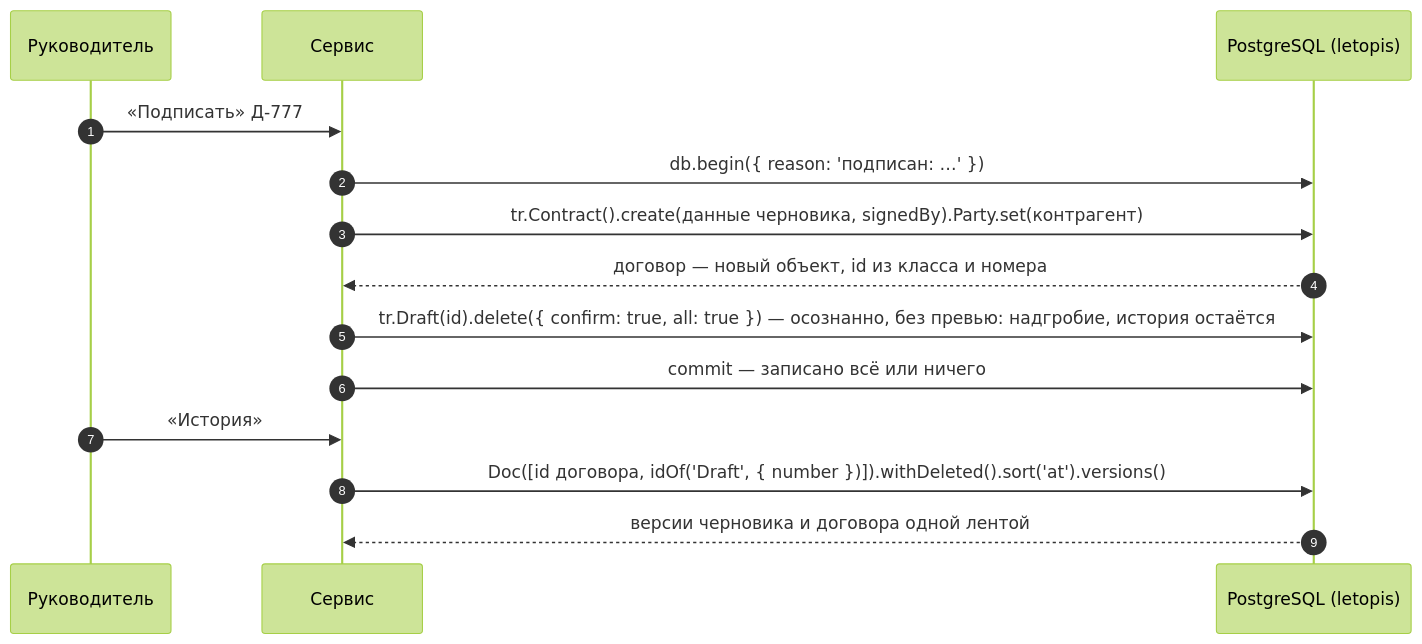
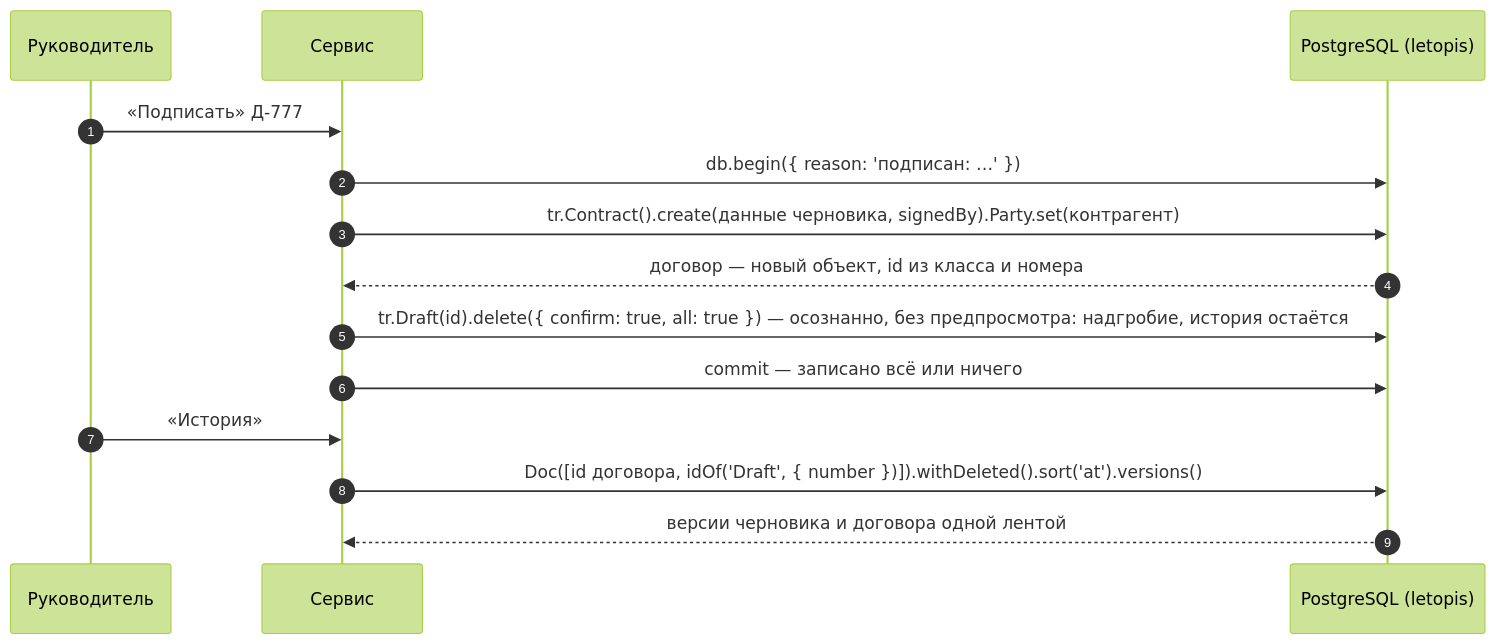
One commit to alepri51/letopis changed the second of 2 diagrams in guide/pages/services/documents.md. Above: the diagram before and after it, drawn with Mermaid (forest theme). The commit also changed 42 other files, not shown here.

````diff
--- a/guide/pages/services/documents.md
+++ b/guide/pages/services/documents.md
@@ -76,16 +76,16 @@
 ```mermaid
 sequenceDiagram
   autonumber
   participant U as Руководитель
   participant S as Сервис
   participant DB as PostgreSQL (letopis)
   U->>S: «Подписать» Д-777
   S->>DB: db.begin({ reason: 'подписан: …' })
   S->>DB: tr.Contract().create(данные черновика, signedBy).Party.set(контрагент)
   DB-->>S: договор — новый объект, id из класса и номера
-  S->>DB: tr.Draft(id).delete({ confirm: true, all: true }) — осознанно, без превью: надгробие, история остаётся
+  S->>DB: tr.Draft(id).delete({ confirm: true, all: true }) — осознанно, без предпросмотра: надгробие, история остаётся
   S->>DB: commit — записано всё или ничего
   U->>S: «История»
   S->>DB: Doc([id договора, idOf('Draft', { number })]).withDeleted().sort('at').versions()
   DB-->>S: версии черновика и договора одной лентой
 ```
````
